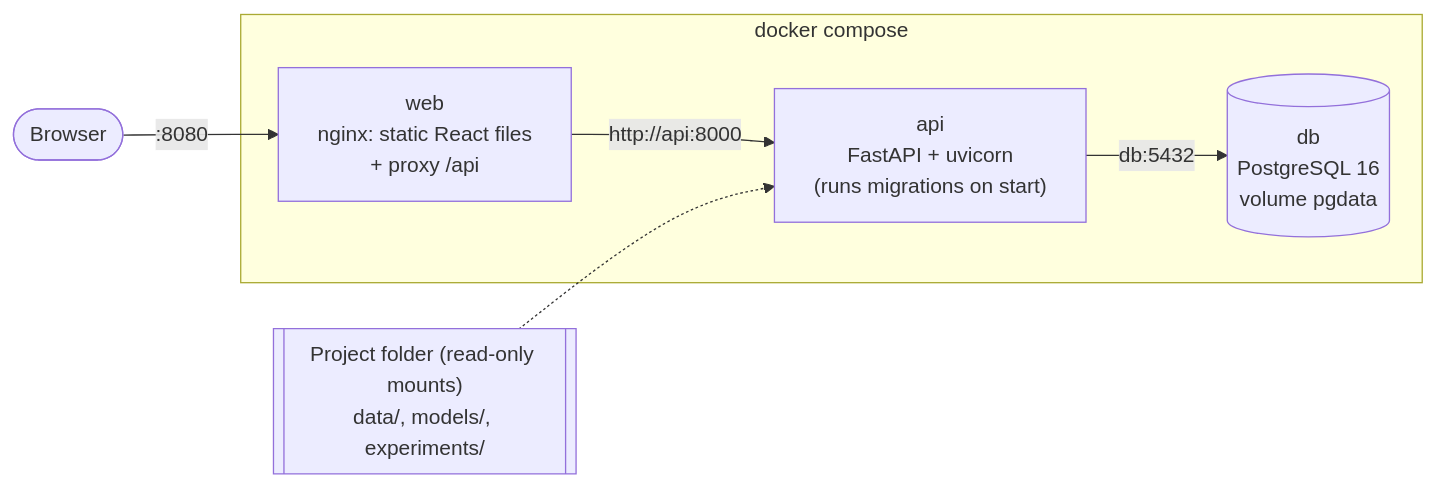
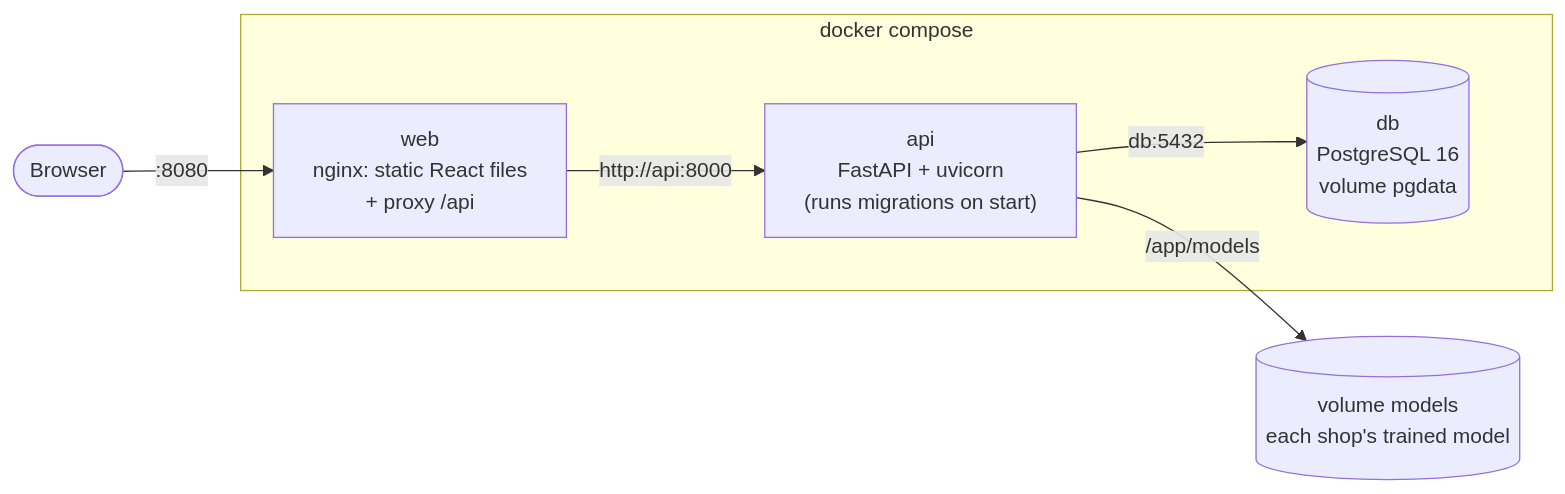
One commit to Prijesh77/Smart-Inventory-Nepal changed the third of 3 diagrams in docs/28_architecture.md. Above: the diagram before and after it, drawn with Mermaid. The commit also changed other lines of this file and 73 other files, not shown here.

````diff
--- a/docs/28_architecture.md
+++ b/docs/28_architecture.md
@@ -87,9 +88,9 @@
 ```mermaid
 flowchart LR
     browser([Browser]) -- ":8080" --> nginx
     subgraph compose["docker compose"]
         nginx["web<br/>nginx: static React files<br/>+ proxy /api"] -- "http://api:8000" --> apic["api<br/>FastAPI + uvicorn<br/>(runs migrations on start)"]
         apic -- "db:5432" --> pg[("db<br/>PostgreSQL 16<br/>volume pgdata")]
     end
-    host[["Project folder (read-only mounts)<br/>data/, models/, experiments/"]] -.-> apic
+    apic -- "/app/models" --> vol[("volume models<br/>each shop's trained model")]
 ```
````
